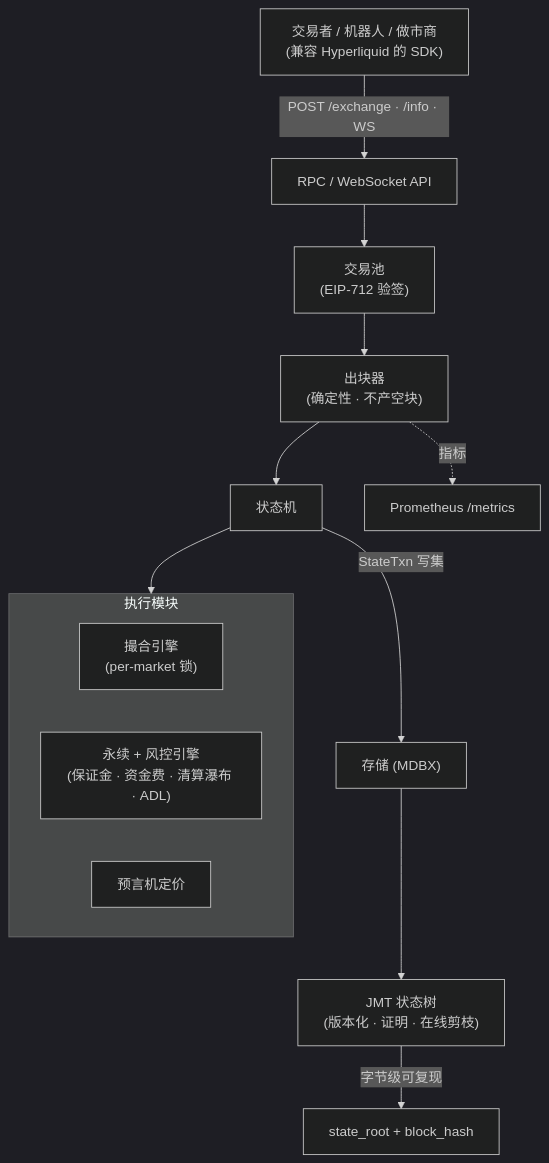
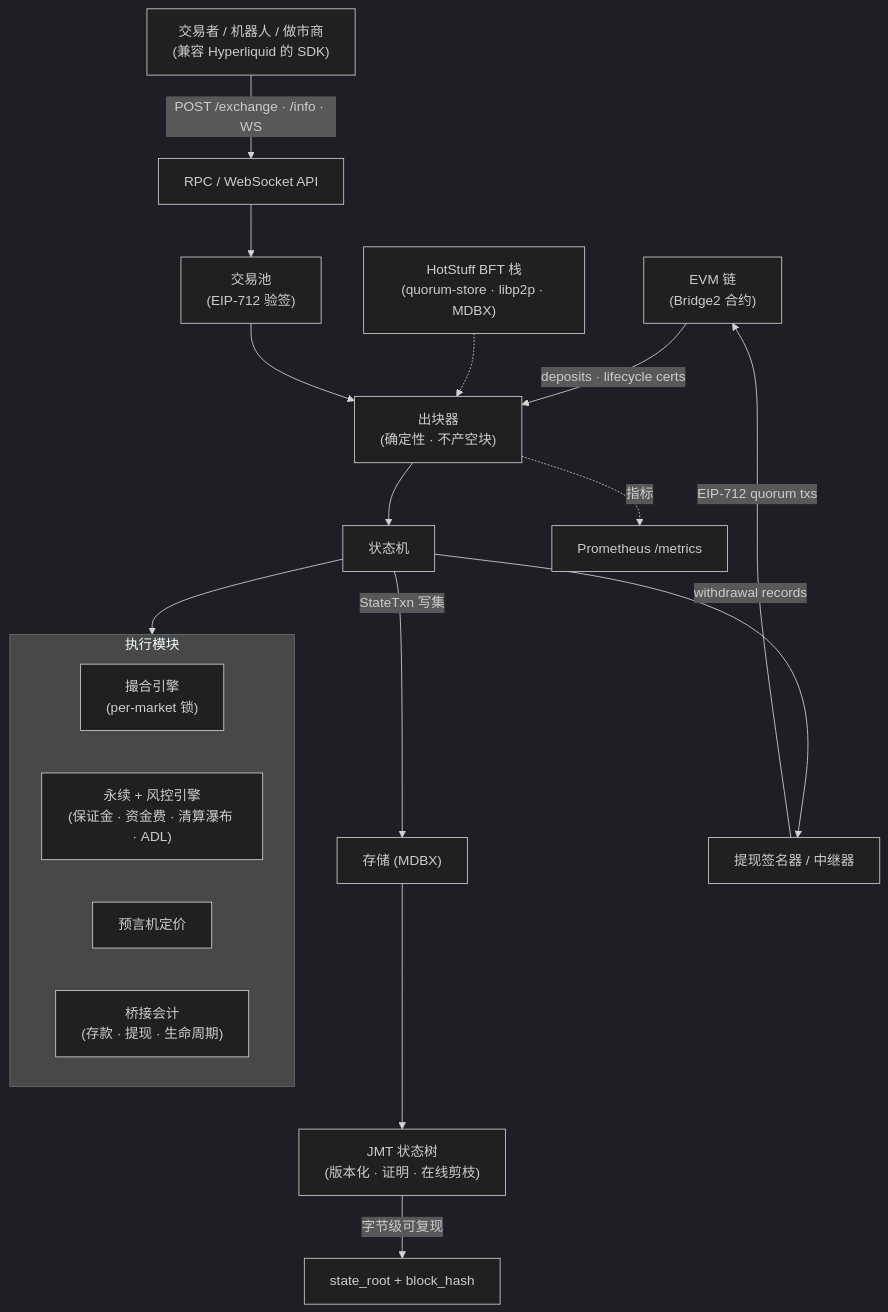
The diagram in profile/README.zh-CN.md (kubera-io/.github), drawn with Mermaid (dark theme) before and after one commit. The commit also changed other lines of this file and 2 other files, not shown here.

````diff
--- a/profile/README.zh-CN.md
+++ b/profile/README.zh-CN.md
@@ -67,17 +69,21 @@
 ```mermaid
 flowchart TB
+    EVM["EVM 链<br/>(Bridge2 合约)"] -->|"deposits · lifecycle certs"| PROD
     SDK["交易者 / 机器人 / 做市商<br/>(兼容 Hyperliquid 的 SDK)"] -->|"POST /exchange · /info · WS"| RPC["RPC / WebSocket API"]
     RPC --> POOL["交易池<br/>(EIP-712 验签)"]
+    BFT["HotStuff BFT 栈<br/>(quorum-store · libp2p · MDBX)"] -.-> PROD
     POOL --> PROD["出块器<br/>(确定性 · 不产空块)"]
     PROD --> SM["状态机"]
     subgraph SM_MODULES["执行模块"]
       MATCH["撮合引擎<br/>(per-market 锁)"]
       PERPS["永续 + 风控引擎<br/>(保证金 · 资金费 · 清算瀑布 · ADL)"]
       ORACLE["预言机定价"]
+      BRIDGE["桥接会计<br/>(存款 · 提现 · 生命周期)"]
     end
     SM --> SM_MODULES
     SM -->|"StateTxn 写集"| STORE["存储 (MDBX)"]
     STORE --> JMT["JMT 状态树<br/>(版本化 · 证明 · 在线剪枝)"]
     JMT -->|"字节级可复现"| ROOT["state_root + block_hash"]
+    SM -->|"withdrawal records"| RELAY["提现签名器 / 中继器"] -->|"EIP-712 quorum txs"| EVM
     PROD -.指标.-> OBS["Prometheus /metrics"]
 ```
````
